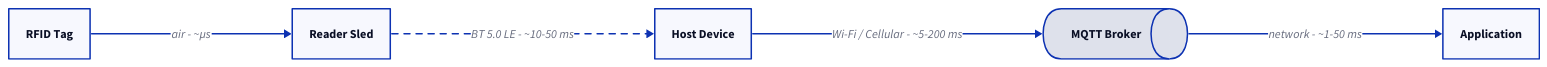
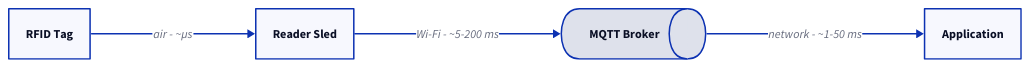
One commit to admiral-ai/zebra-handheld-rfid-iotc changed the diagram in docs/foundations/architecture/end-to-end.md. Above: the diagram before and after it, drawn with D2. The commit also changed other lines of this file and 72 other files, not shown here.

````diff
--- a/docs/foundations/architecture/end-to-end.md
+++ b/docs/foundations/architecture/end-to-end.md
@@ -20,13 +20,11 @@
 ```d2
 direction: right
 T: RFID Tag
 R: Reader Sled
-H: Host Device
 B: MQTT Broker { shape: queue }
 A: Application
 T -> R: "air - ~µs"
-R -> H: "BT 5.0 LE - ~10-50 ms" { style.stroke-dash: 4 }
-H -> B: "Wi-Fi / Cellular - ~5-200 ms"
+R -> B: "Wi-Fi - ~5-200 ms"
 B -> A: "network - ~1-50 ms"
 
 ```
````
